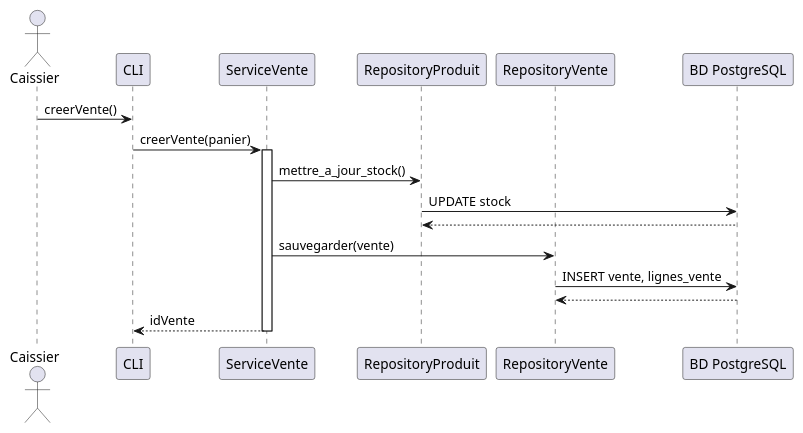
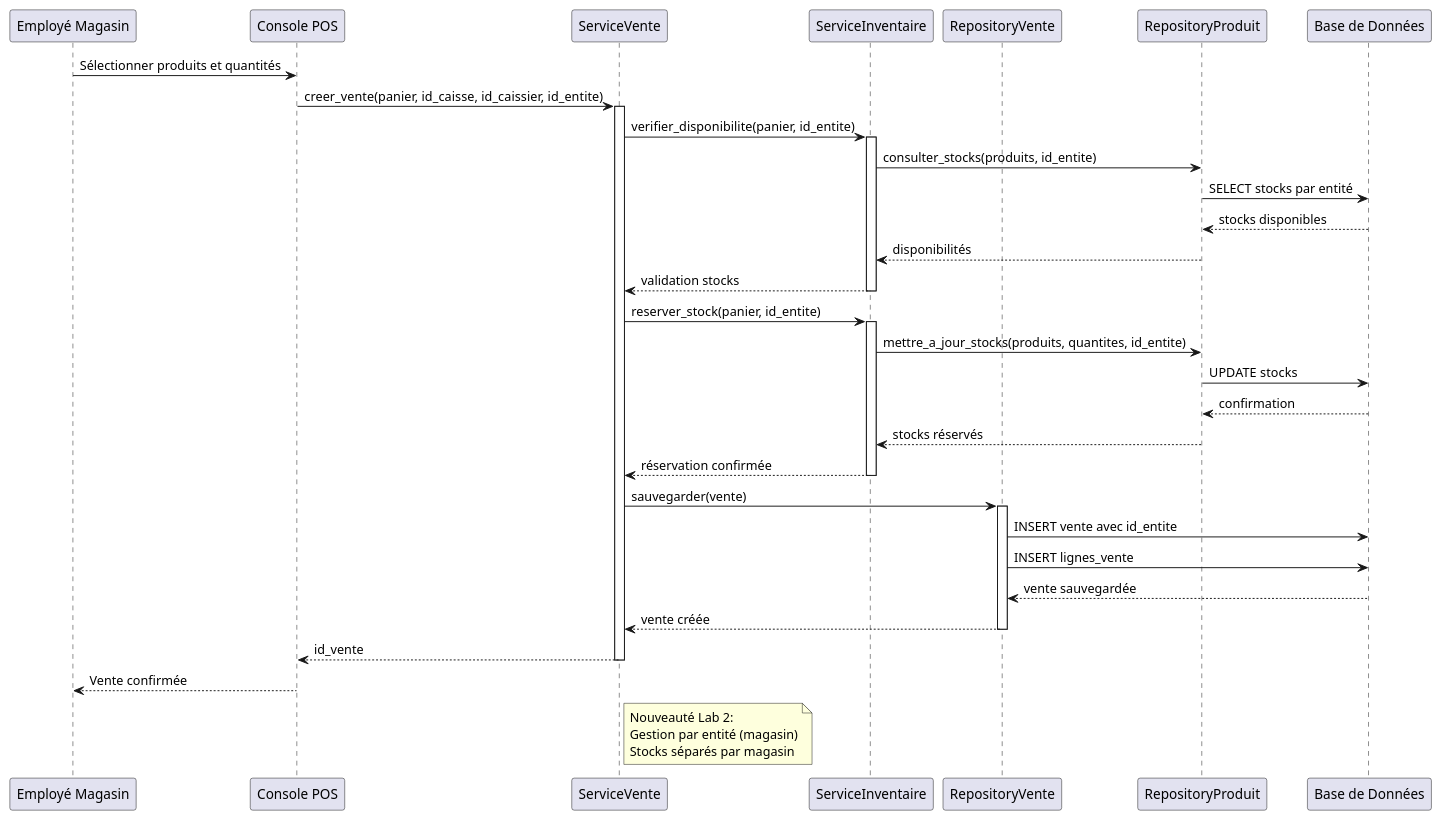
One commit to MelvinSDRS/log430-lab7-bis changed the diagram in docs/uml/sequence_vente.puml. Above: the diagram before and after it, drawn with PlantUML. The commit also changed 47 other files, not shown here.

```diff
--- a/docs/uml/sequence_vente.puml
+++ b/docs/uml/sequence_vente.puml
@@ -1,20 +1,50 @@
 @startuml
-actor Caissier
-participant "CLI" as UI
-participant "ServiceVente" as Service
-participant "RepositoryProduit" as RepoProduit
-participant "RepositoryVente" as RepoVente
-participant "BD PostgreSQL" as BD
+participant "Employé Magasin" as EM
+participant "Console POS" as UI
+participant "ServiceVente" as SV
+participant "ServiceInventaire" as SI
+participant "RepositoryVente" as RV
+participant "RepositoryProduit" as RP
+participant "Base de Données" as BD
 
-Caissier -> UI: creerVente()
-UI -> Service: creerVente(panier)
-activate Service
-Service -> RepoProduit: mettre_a_jour_stock()
-RepoProduit -> BD: UPDATE stock
-RepoProduit <-- BD
-Service -> RepoVente: sauvegarder(vente)
-RepoVente -> BD: INSERT vente, lignes_vente
-BD --> RepoVente
-Service --> UI: idVente
-deactivate Service
+EM -> UI: Sélectionner produits et quantités
+UI -> SV: creer_vente(panier, id_caisse, id_caissier, id_entite)
+activate SV
+
+SV -> SI: verifier_disponibilite(panier, id_entite)
+activate SI
+SI -> RP: consulter_stocks(produits, id_entite)
+RP -> BD: SELECT stocks par entité
+BD --> RP: stocks disponibles
+RP --> SI: disponibilités
+SI --> SV: validation stocks
+deactivate SI
+
+SV -> SI: reserver_stock(panier, id_entite)
+activate SI
+SI -> RP: mettre_a_jour_stocks(produits, quantites, id_entite)
+RP -> BD: UPDATE stocks
+BD --> RP: confirmation
+RP --> SI: stocks réservés
+SI --> SV: réservation confirmée
+deactivate SI
+
+SV -> RV: sauvegarder(vente)
+activate RV
+RV -> BD: INSERT vente avec id_entite
+RV -> BD: INSERT lignes_vente
+BD --> RV: vente sauvegardée
+RV --> SV: vente créée
+deactivate RV
+
+SV --> UI: id_vente
+deactivate SV
+UI --> EM: Vente confirmée
+
+note right of SV
+  Nouveauté Lab 2:
+  Gestion par entité (magasin)
+  Stocks séparés par magasin
+end note
+
 @enduml
```
